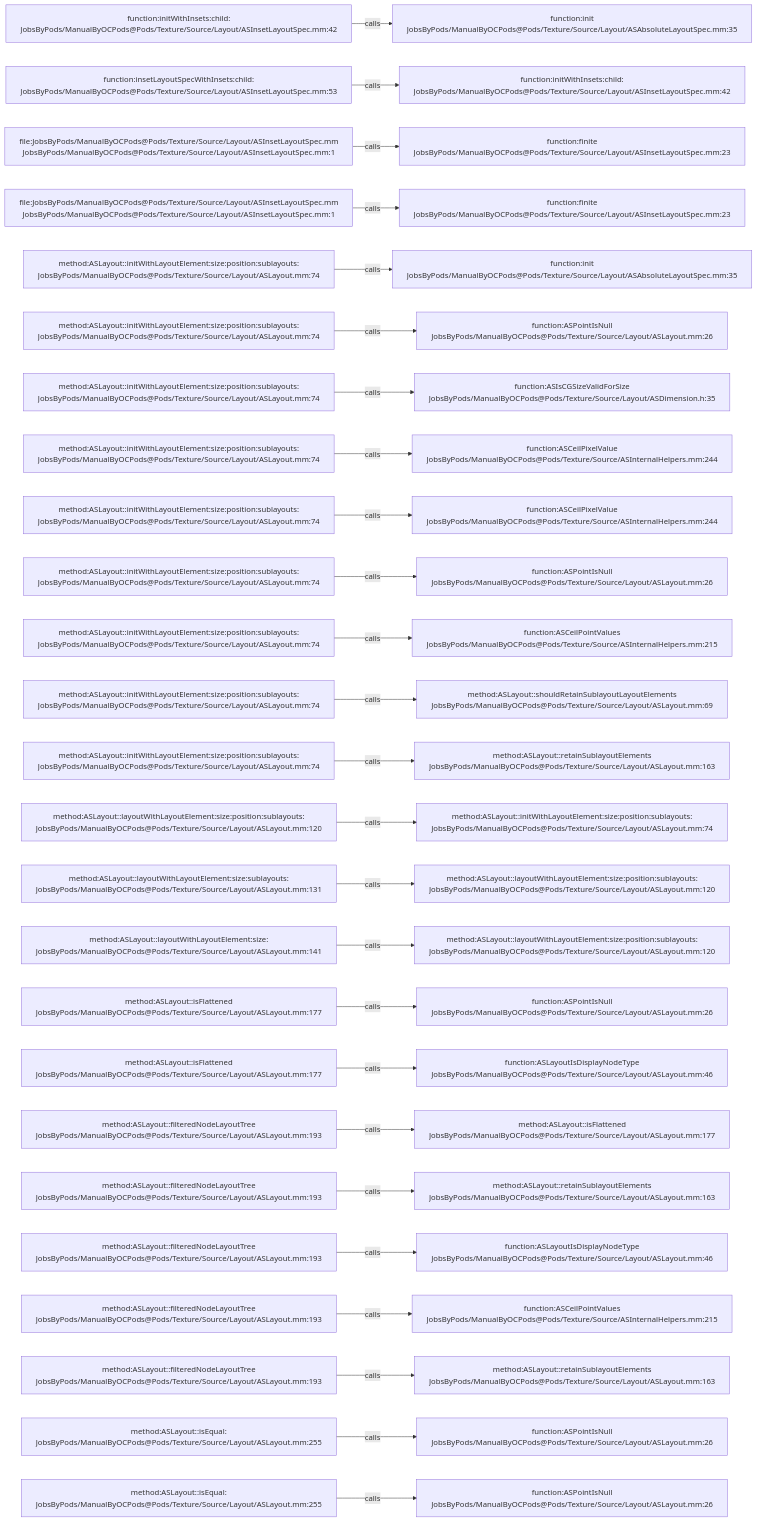
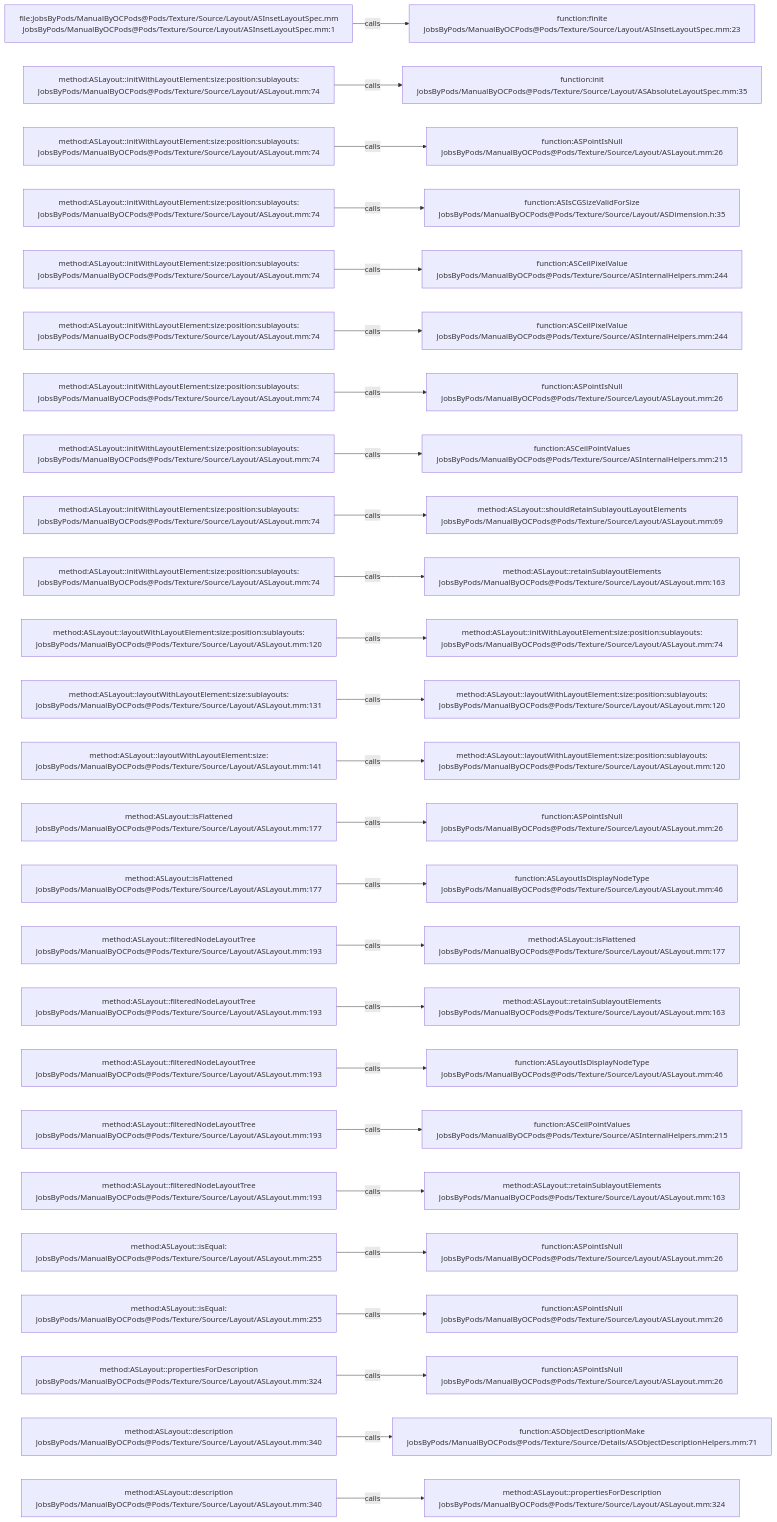
Before and after one commit to JobsKits/JobsOCBaseConfigDemo: the diagram in .codegraph/codegraph.md/graphs/calls-180.md, drawn with Mermaid. The commit also changed 342 other files, not shown here.

````diff
--- a/.codegraph/codegraph.md/graphs/calls-180.md
+++ b/.codegraph/codegraph.md/graphs/calls-180.md
@@ -13,78 +13,78 @@
 ```mermaid
 flowchart LR
-  S1["function:initWithInsets:child:<br/>JobsByPods/ManualByOCPods@Pods/Texture/Source/Layout/ASInsetLayoutSpec.mm:42"]
-  T1["function:init<br/>JobsByPods/ManualByOCPods@Pods/Texture/Source/Layout/ASAbsoluteLayoutSpec.mm:35"]
+  S1["file:JobsByPods/ManualByOCPods@Pods/Texture/Source/Layout/ASInsetLayoutSpec.mm<br/>JobsByPods/ManualByOCPods@Pods/Texture/Source/Layout/ASInsetLayoutSpec.mm:1"]
+  T1["function:finite<br/>JobsByPods/ManualByOCPods@Pods/Texture/Source/Layout/ASInsetLayoutSpec.mm:23"]
   S1 -->|calls| T1
-  S2["function:insetLayoutSpecWithInsets:child:<br/>JobsByPods/ManualByOCPods@Pods/Texture/Source/Layout/ASInsetLayoutSpec.mm:53"]
-  T2["function:initWithInsets:child:<br/>JobsByPods/ManualByOCPods@Pods/Texture/Source/Layout/ASInsetLayoutSpec.mm:42"]
+  S2["method:ASLayout::initWithLayoutElement:size:position:sublayouts:<br/>JobsByPods/ManualByOCPods@Pods/Texture/Source/Layout/ASLayout.mm:74"]
+  T2["function:init<br/>JobsByPods/ManualByOCPods@Pods/Texture/Source/Layout/ASAbsoluteLayoutSpec.mm:35"]
   S2 -->|calls| T2
-  S3["file:JobsByPods/ManualByOCPods@Pods/Texture/Source/Layout/ASInsetLayoutSpec.mm<br/>JobsByPods/ManualByOCPods@Pods/Texture/Source/Layout/ASInsetLayoutSpec.mm:1"]
-  T3["function:finite<br/>JobsByPods/ManualByOCPods@Pods/Texture/Source/Layout/ASInsetLayoutSpec.mm:23"]
+  S3["method:ASLayout::initWithLayoutElement:size:position:sublayouts:<br/>JobsByPods/ManualByOCPods@Pods/Texture/Source/Layout/ASLayout.mm:74"]
+  T3["function:ASPointIsNull<br/>JobsByPods/ManualByOCPods@Pods/Texture/Source/Layout/ASLayout.mm:26"]
   S3 -->|calls| T3
-  S4["file:JobsByPods/ManualByOCPods@Pods/Texture/Source/Layout/ASInsetLayoutSpec.mm<br/>JobsByPods/ManualByOCPods@Pods/Texture/Source/Layout/ASInsetLayoutSpec.mm:1"]
-  T4["function:finite<br/>JobsByPods/ManualByOCPods@Pods/Texture/Source/Layout/ASInsetLayoutSpec.mm:23"]
+  S4["method:ASLayout::initWithLayoutElement:size:position:sublayouts:<br/>JobsByPods/ManualByOCPods@Pods/Texture/Source/Layout/ASLayout.mm:74"]
+  T4["function:ASIsCGSizeValidForSize<br/>JobsByPods/ManualByOCPods@Pods/Texture/Source/Layout/ASDimension.h:35"]
   S4 -->|calls| T4
   S5["method:ASLayout::initWithLayoutElement:size:position:sublayouts:<br/>JobsByPods/ManualByOCPods@Pods/Texture/Source/Layout/ASLayout.mm:74"]
-  T5["function:init<br/>JobsByPods/ManualByOCPods@Pods/Texture/Source/Layout/ASAbsoluteLayoutSpec.mm:35"]
+  T5["function:ASCeilPixelValue<br/>JobsByPods/ManualByOCPods@Pods/Texture/Source/ASInternalHelpers.mm:244"]
   S5 -->|calls| T5
   S6["method:ASLayout::initWithLayoutElement:size:position:sublayouts:<br/>JobsByPods/ManualByOCPods@Pods/Texture/Source/Layout/ASLayout.mm:74"]
-  T6["function:ASPointIsNull<br/>JobsByPods/ManualByOCPods@Pods/Texture/Source/Layout/ASLayout.mm:26"]
+  T6["function:ASCeilPixelValue<br/>JobsByPods/ManualByOCPods@Pods/Texture/Source/ASInternalHelpers.mm:244"]
   S6 -->|calls| T6
   S7["method:ASLayout::initWithLayoutElement:size:position:sublayouts:<br/>JobsByPods/ManualByOCPods@Pods/Texture/Source/Layout/ASLayout.mm:74"]
-  T7["function:ASIsCGSizeValidForSize<br/>JobsByPods/ManualByOCPods@Pods/Texture/Source/Layout/ASDimension.h:35"]
+  T7["function:ASPointIsNull<br/>JobsByPods/ManualByOCPods@Pods/Texture/Source/Layout/ASLayout.mm:26"]
   S7 -->|calls| T7
   S8["method:ASLayout::initWithLayoutElement:size:position:sublayouts:<br/>JobsByPods/ManualByOCPods@Pods/Texture/Source/Layout/ASLayout.mm:74"]
-  T8["function:ASCeilPixelValue<br/>JobsByPods/ManualByOCPods@Pods/Texture/Source/ASInternalHelpers.mm:244"]
+  T8["function:ASCeilPointValues<br/>JobsByPods/ManualByOCPods@Pods/Texture/Source/ASInternalHelpers.mm:215"]
   S8 -->|calls| T8
   S9["method:ASLayout::initWithLayoutElement:size:position:sublayouts:<br/>JobsByPods/ManualByOCPods@Pods/Texture/Source/Layout/ASLayout.mm:74"]
-  T9["function:ASCeilPixelValue<br/>JobsByPods/ManualByOCPods@Pods/Texture/Source/ASInternalHelpers.mm:244"]
+  T9["method:ASLayout::shouldRetainSublayoutLayoutElements<br/>JobsByPods/ManualByOCPods@Pods/Texture/Source/Layout/ASLayout.mm:69"]
   S9 -->|calls| T9
   S10["method:ASLayout::initWithLayoutElement:size:position:sublayouts:<br/>JobsByPods/ManualByOCPods@Pods/Texture/Source/Layout/ASLayout.mm:74"]
-  T10["function:ASPointIsNull<br/>JobsByPods/ManualByOCPods@Pods/Texture/Source/Layout/ASLayout.mm:26"]
+  T10["method:ASLayout::retainSublayoutElements<br/>JobsByPods/ManualByOCPods@Pods/Texture/Source/Layout/ASLayout.mm:163"]
   S10 -->|calls| T10
-  S11["method:ASLayout::initWithLayoutElement:size:position:sublayouts:<br/>JobsByPods/ManualByOCPods@Pods/Texture/Source/Layout/ASLayout.mm:74"]
-  T11["function:ASCeilPointValues<br/>JobsByPods/ManualByOCPods@Pods/Texture/Source/ASInternalHelpers.mm:215"]
+  S11["method:ASLayout::layoutWithLayoutElement:size:position:sublayouts:<br/>JobsByPods/ManualByOCPods@Pods/Texture/Source/Layout/ASLayout.mm:120"]
+  T11["method:ASLayout::initWithLayoutElement:size:position:sublayouts:<br/>JobsByPods/ManualByOCPods@Pods/Texture/Source/Layout/ASLayout.mm:74"]
   S11 -->|calls| T11
-  S12["method:ASLayout::initWithLayoutElement:size:position:sublayouts:<br/>JobsByPods/ManualByOCPods@Pods/Texture/Source/Layout/ASLayout.mm:74"]
-  T12["method:ASLayout::shouldRetainSublayoutLayoutElements<br/>JobsByPods/ManualByOCPods@Pods/Texture/Source/Layout/ASLayout.mm:69"]
+  S12["method:ASLayout::layoutWithLayoutElement:size:sublayouts:<br/>JobsByPods/ManualByOCPods@Pods/Texture/Source/Layout/ASLayout.mm:131"]
+  T12["method:ASLayout::layoutWithLayoutElement:size:position:sublayouts:<br/>JobsByPods/ManualByOCPods@Pods/Texture/Source/Layout/ASLayout.mm:120"]
   S12 -->|calls| T12
-  S13["method:ASLayout::initWithLayoutElement:size:position:sublayouts:<br/>JobsByPods/ManualByOCPods@Pods/Texture/Source/Layout/ASLayout.mm:74"]
-  T13["method:ASLayout::retainSublayoutElements<br/>JobsByPods/ManualByOCPods@Pods/Texture/Source/Layout/ASLayout.mm:163"]
+  S13["method:ASLayout::layoutWithLayoutElement:size:<br/>JobsByPods/ManualByOCPods@Pods/Texture/Source/Layout/ASLayout.mm:141"]
+  T13["method:ASLayout::layoutWithLayoutElement:size:position:sublayouts:<br/>JobsByPods/ManualByOCPods@Pods/Texture/Source/Layout/ASLayout.mm:120"]
   S13 -->|calls| T13
-  S14["method:ASLayout::layoutWithLayoutElement:size:position:sublayouts:<br/>JobsByPods/ManualByOCPods@Pods/Texture/Source/Layout/ASLayout.mm:120"]
-  T14["method:ASLayout::initWithLayoutElement:size:position:sublayouts:<br/>JobsByPods/ManualByOCPods@Pods/Texture/Source/Layout/ASLayout.mm:74"]
+  S14["method:ASLayout::isFlattened<br/>JobsByPods/ManualByOCPods@Pods/Texture/Source/Layout/ASLayout.mm:177"]
+  T14["function:ASPointIsNull<br/>JobsByPods/ManualByOCPods@Pods/Texture/Source/Layout/ASLayout.mm:26"]
   S14 -->|calls| T14
-  S15["method:ASLayout::layoutWithLayoutElement:size:sublayouts:<br/>JobsByPods/ManualByOCPods@Pods/Texture/Source/Layout/ASLayout.mm:131"]
-  T15["method:ASLayout::layoutWithLayoutElement:size:position:sublayouts:<br/>JobsByPods/ManualByOCPods@Pods/Texture/Source/Layout/ASLayout.mm:120"]
+  S15["method:ASLayout::isFlattened<br/>JobsByPods/ManualByOCPods@Pods/Texture/Source/Layout/ASLayout.mm:177"]
+  T15["function:ASLayoutIsDisplayNodeType<br/>JobsByPods/ManualByOCPods@Pods/Texture/Source/Layout/ASLayout.mm:46"]
   S15 -->|calls| T15
-  S16["method:ASLayout::layoutWithLayoutElement:size:<br/>JobsByPods/ManualByOCPods@Pods/Texture/Source/Layout/ASLayout.mm:141"]
-  T16["method:ASLayout::layoutWithLayoutElement:size:position:sublayouts:<br/>JobsByPods/ManualByOCPods@Pods/Texture/Source/Layout/ASLayout.mm:120"]
+  S16["method:ASLayout::filteredNodeLayoutTree<br/>JobsByPods/ManualByOCPods@Pods/Texture/Source/Layout/ASLayout.mm:193"]
+  T16["method:ASLayout::isFlattened<br/>JobsByPods/ManualByOCPods@Pods/Texture/Source/Layout/ASLayout.mm:177"]
   S16 -->|calls| T16
-  S17["method:ASLayout::isFlattened<br/>JobsByPods/ManualByOCPods@Pods/Texture/Source/Layout/ASLayout.mm:177"]
-  T17["function:ASPointIsNull<br/>JobsByPods/ManualByOCPods@Pods/Texture/Source/Layout/ASLayout.mm:26"]
+  S17["method:ASLayout::filteredNodeLayoutTree<br/>JobsByPods/ManualByOCPods@Pods/Texture/Source/Layout/ASLayout.mm:193"]
+  T17["method:ASLayout::retainSublayoutElements<br/>JobsByPods/ManualByOCPods@Pods/Texture/Source/Layout/ASLayout.mm:163"]
   S17 -->|calls| T17
-  S18["method:ASLayout::isFlattened<br/>JobsByPods/ManualByOCPods@Pods/Texture/Source/Layout/ASLayout.mm:177"]
+  S18["method:ASLayout::filteredNodeLayoutTree<br/>JobsByPods/ManualByOCPods@Pods/Texture/Source/Layout/ASLayout.mm:193"]
   T18["function:ASLayoutIsDisplayNodeType<br/>JobsByPods/ManualByOCPods@Pods/Texture/Source/Layout/ASLayout.mm:46"]
   S18 -->|calls| T18
   S19["method:ASLayout::filteredNodeLayoutTree<br/>JobsByPods/ManualByOCPods@Pods/Texture/Source/Layout/ASLayout.mm:193"]
-  T19["method:ASLayout::isFlattened<br/>JobsByPods/ManualByOCPods@Pods/Texture/Source/Layout/ASLayout.mm:177"]
+  T19["function:ASCeilPointValues<br/>JobsByPods/ManualByOCPods@Pods/Texture/Source/ASInternalHelpers.mm:215"]
   S19 -->|calls| T19
   S20["method:ASLayout::filteredNodeLayoutTree<br/>JobsByPods/ManualByOCPods@Pods/Texture/Source/Layout/ASLayout.mm:193"]
   T20["method:ASLayout::retainSublayoutElements<br/>JobsByPods/ManualByOCPods@Pods/Texture/Source/Layout/ASLayout.mm:163"]
   S20 -->|calls| T20
-  S21["method:ASLayout::filteredNodeLayoutTree<br/>JobsByPods/ManualByOCPods@Pods/Texture/Source/Layout/ASLayout.mm:193"]
-  T21["function:ASLayoutIsDisplayNodeType<br/>JobsByPods/ManualByOCPods@Pods/Texture/Source/Layout/ASLayout.mm:46"]
+  S21["method:ASLayout::isEqual:<br/>JobsByPods/ManualByOCPods@Pods/Texture/Source/Layout/ASLayout.mm:255"]
+  T21["function:ASPointIsNull<br/>JobsByPods/ManualByOCPods@Pods/Texture/Source/Layout/ASLayout.mm:26"]
   S21 -->|calls| T21
-  S22["method:ASLayout::filteredNodeLayoutTree<br/>JobsByPods/ManualByOCPods@Pods/Texture/Source/Layout/ASLayout.mm:193"]
-  T22["function:ASCeilPointValues<br/>JobsByPods/ManualByOCPods@Pods/Texture/Source/ASInternalHelpers.mm:215"]
+  S22["method:ASLayout::isEqual:<br/>JobsByPods/ManualByOCPods@Pods/Texture/Source/Layout/ASLayout.mm:255"]
+  T22["function:ASPointIsNull<br/>JobsByPods/ManualByOCPods@Pods/Texture/Source/Layout/ASLayout.mm:26"]
   S22 -->|calls| T22
-  S23["method:ASLayout::filteredNodeLayoutTree<br/>JobsByPods/ManualByOCPods@Pods/Texture/Source/Layout/ASLayout.mm:193"]
-  T23["method:ASLayout::retainSublayoutElements<br/>JobsByPods/ManualByOCPods@Pods/Texture/Source/Layout/ASLayout.mm:163"]
+  S23["method:ASLayout::propertiesForDescription<br/>JobsByPods/ManualByOCPods@Pods/Texture/Source/Layout/ASLayout.mm:324"]
+  T23["function:ASPointIsNull<br/>JobsByPods/ManualByOCPods@Pods/Texture/Source/Layout/ASLayout.mm:26"]
   S23 -->|calls| T23
-  S24["method:ASLayout::isEqual:<br/>JobsByPods/ManualByOCPods@Pods/Texture/Source/Layout/ASLayout.mm:255"]
-  T24["function:ASPointIsNull<br/>JobsByPods/ManualByOCPods@Pods/Texture/Source/Layout/ASLayout.mm:26"]
+  S24["method:ASLayout::description<br/>JobsByPods/ManualByOCPods@Pods/Texture/Source/Layout/ASLayout.mm:340"]
+  T24["function:ASObjectDescriptionMake<br/>JobsByPods/ManualByOCPods@Pods/Texture/Source/Details/ASObjectDescriptionHelpers.mm:71"]
   S24 -->|calls| T24
-  S25["method:ASLayout::isEqual:<br/>JobsByPods/ManualByOCPods@Pods/Texture/Source/Layout/ASLayout.mm:255"]
-  T25["function:ASPointIsNull<br/>JobsByPods/ManualByOCPods@Pods/Texture/Source/Layout/ASLayout.mm:26"]
+  S25["method:ASLayout::description<br/>JobsByPods/ManualByOCPods@Pods/Texture/Source/Layout/ASLayout.mm:340"]
+  T25["method:ASLayout::propertiesForDescription<br/>JobsByPods/ManualByOCPods@Pods/Texture/Source/Layout/ASLayout.mm:324"]
   S25 -->|calls| T25
 ```
````
